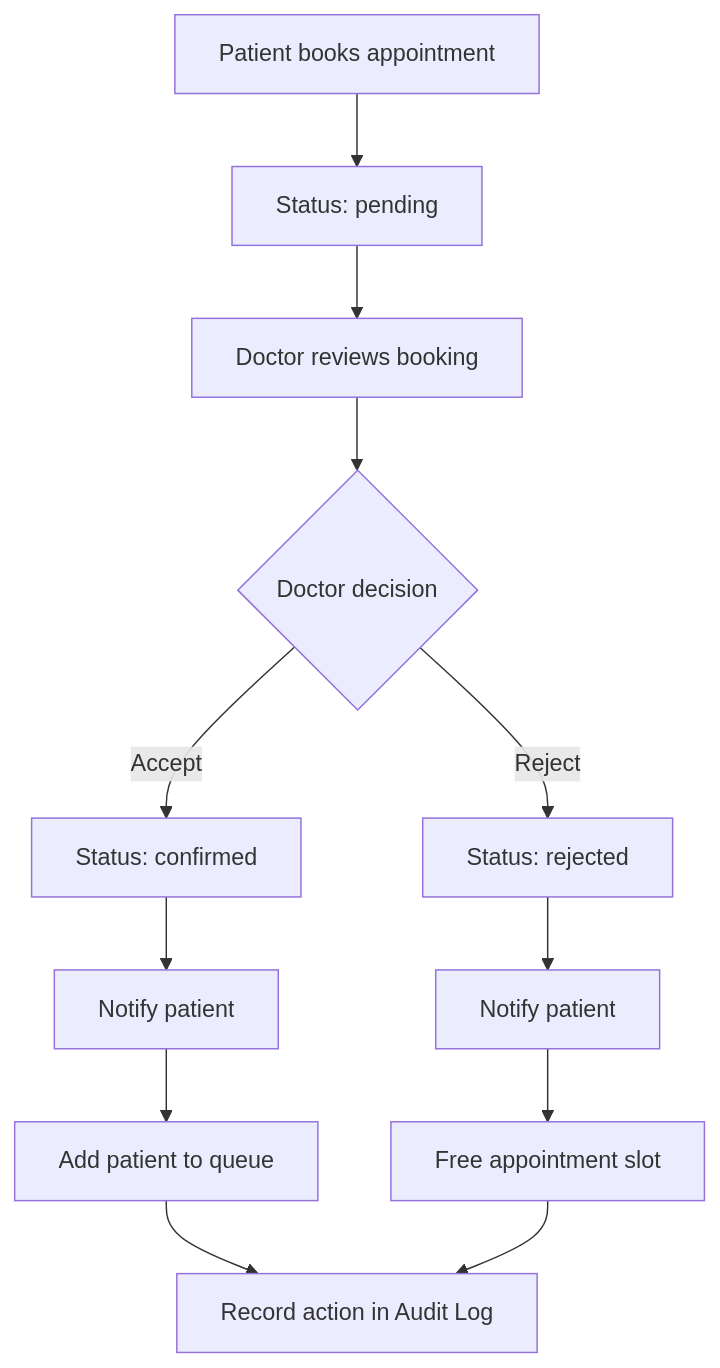
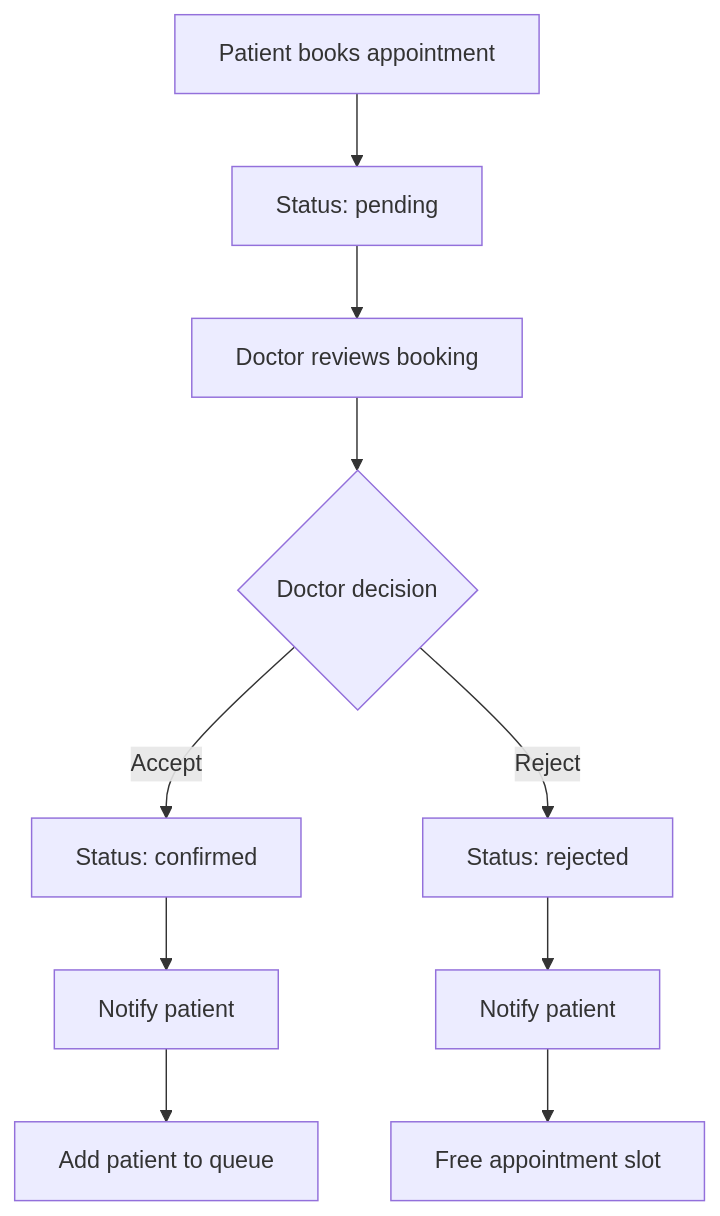
One commit to mahmudmahmod519-code/doctory changed the second of 4 diagrams in docs/system_analysis/flow_doctor.md. Above: the diagram before and after it, drawn with Mermaid. The commit also changed other lines of this file and 222 other files, not shown here.

````diff
--- a/docs/system_analysis/flow_doctor.md
+++ b/docs/system_analysis/flow_doctor.md
@@ -14,14 +14,12 @@
 ```mermaid
 flowchart TD
     A[Patient books appointment] --> B[Status: pending]
     B --> C[Doctor reviews booking]
     C --> D{Doctor decision}
     D -- Accept --> E[Status: confirmed]
     E --> F[Notify patient]
     F --> G[Add patient to queue]
-    G --> H[Record action in Audit Log]
     D -- Reject --> I[Status: rejected]
     I --> J[Notify patient]
     J --> K[Free appointment slot]
-    K --> H
 ```
````
